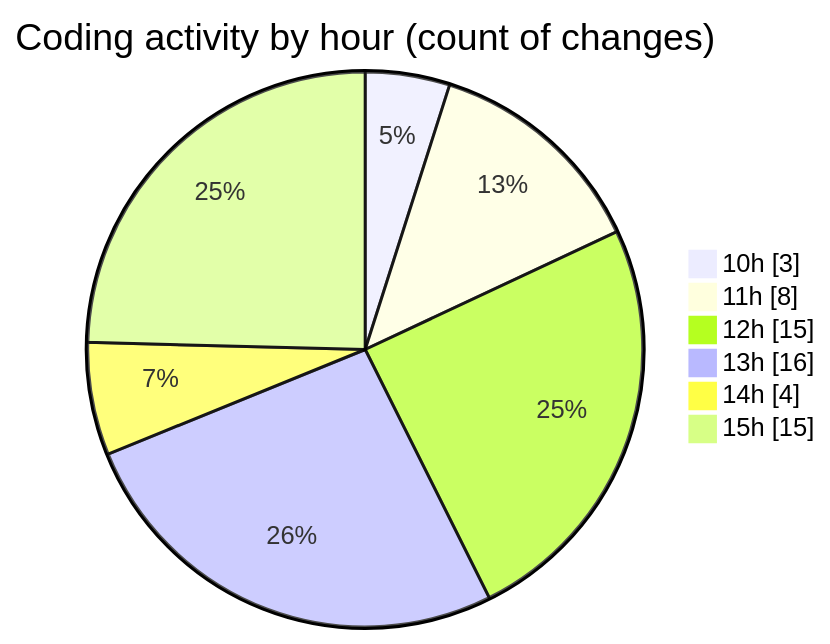
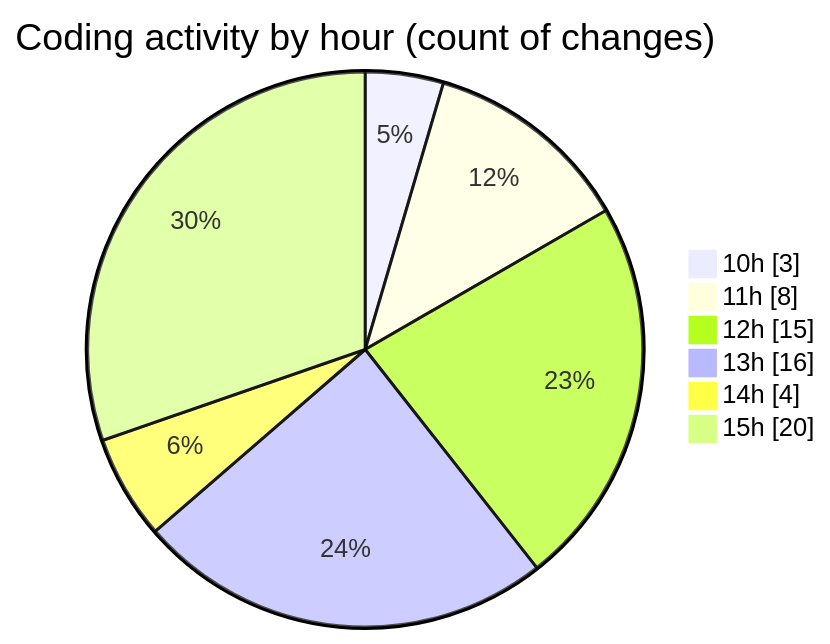
The second of 2 diagrams in 2025-10-15/nxtqube_webapp/README.md (nxtqubesakshisongat/code-tracking), drawn with Mermaid before and after one commit. The commit also changed other lines of this file and 1 other file, not shown here.

````diff
--- a/2025-10-15/nxtqube_webapp/README.md
+++ b/2025-10-15/nxtqube_webapp/README.md
@@ -29,10 +29,10 @@
 ```mermaid
 pie showData
 title Coding activity by hour (count of changes)
 "10h" : 3
 "11h" : 8
 "12h" : 15
 "13h" : 16
 "14h" : 4
-"15h" : 15
+"15h" : 20
 ```
````
